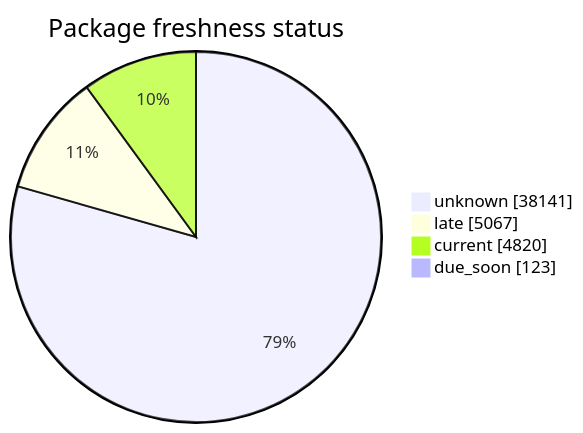
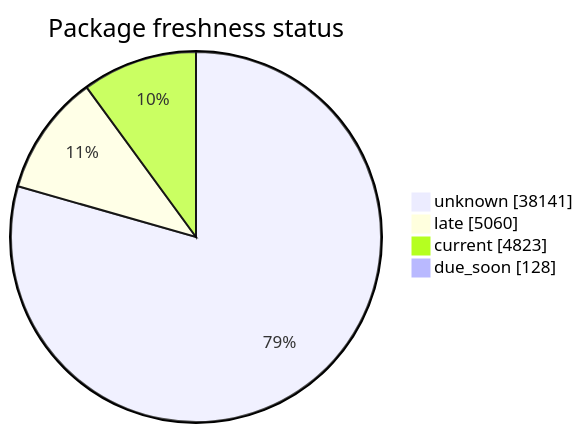
The second of 5 diagrams in FreshCheck/README.md (open-data/analytics-corporate-reporting), drawn with Mermaid before and after one commit. The commit also changed other lines of this file and 3 other files, not shown here.

````diff
--- a/FreshCheck/README.md
+++ b/FreshCheck/README.md
@@ -68,7 +68,7 @@
 ```mermaid
 pie showData title Package freshness status
     "unknown": 38141
-    "late": 5067
-    "current": 4820
-    "due_soon": 123
+    "late": 5060
+    "current": 4823
+    "due_soon": 128
 ```
````
